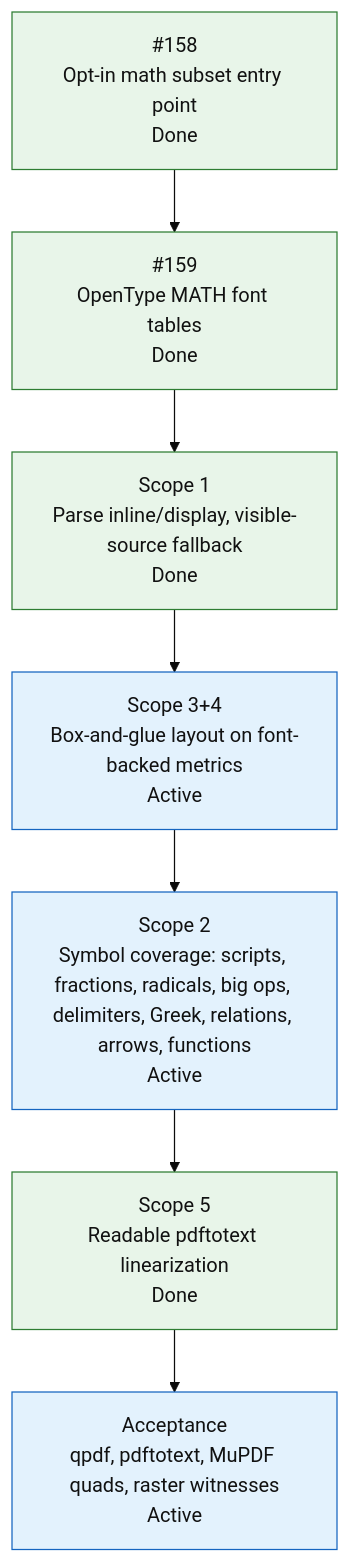
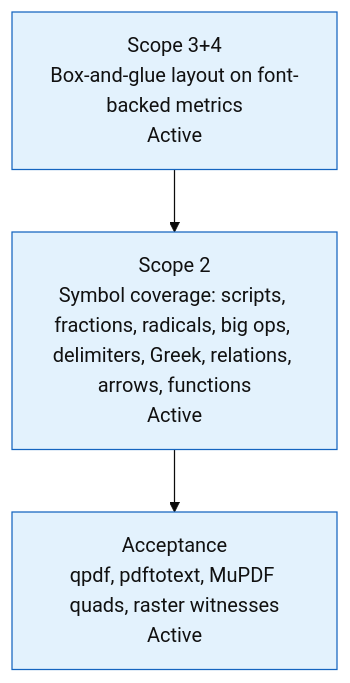
One commit to mihaelamj/MarkdownPDF changed the fourth of 5 diagrams in README.md. Above: the diagram before and after it, drawn with Mermaid (base theme). The commit also changed other lines of this file and 1 other file, not shown here.

First line of the commit message:
docs: trim implemented nodes from roadmap diagrams and log the change

````diff
--- a/README.md
+++ b/README.md
@@ -599,20 +544,15 @@
 ```mermaid
 flowchart TD
-    M0["#158<br/>Opt-in math subset entry point<br/>Done"]
-    M1["#159<br/>OpenType MATH font tables<br/>Done"]
-    M2["Scope 1<br/>Parse inline/display, visible-source fallback<br/>Done"]
     M3["Scope 3+4<br/>Box-and-glue layout on font-backed metrics<br/>Active"]
     M4["Scope 2<br/>Symbol coverage: scripts, fractions, radicals, big ops, delimiters, Greek, relations, arrows, functions<br/>Active"]
-    M5["Scope 5<br/>Readable pdftotext linearization<br/>Done"]
     M6["Acceptance<br/>qpdf, pdftotext, MuPDF quads, raster witnesses<br/>Active"]
 
-    M0 --> M1 --> M2 --> M3 --> M4 --> M5 --> M6
+    M3 --> M4 --> M6
 
     classDef done fill:#e8f5e9,stroke:#2e7d32,color:#111;
     classDef active fill:#e3f2fd,stroke:#1565c0,color:#111;
     classDef review fill:#f3e5f5,stroke:#7b1fa2,color:#111;
     classDef next fill:#fff8e1,stroke:#f9a825,color:#111;
     classDef todo fill:#eef3ff,stroke:#3367d6,color:#111;
-    class M0,M1,M2,M5 done;
     class M3,M4,M6 active;
 ```
````
